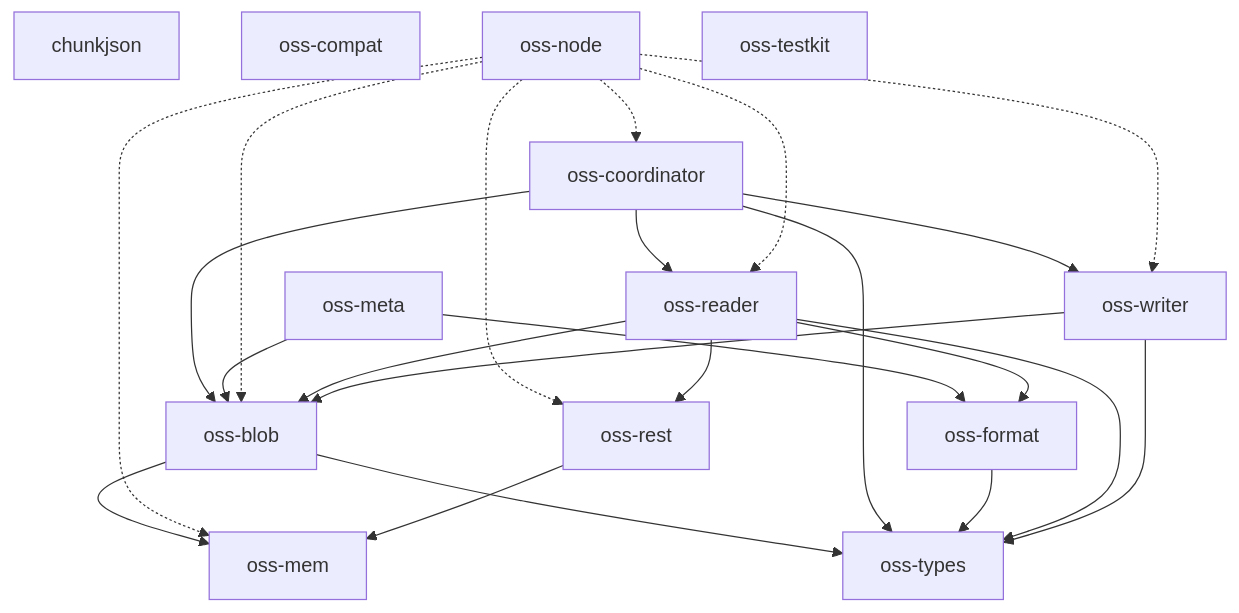
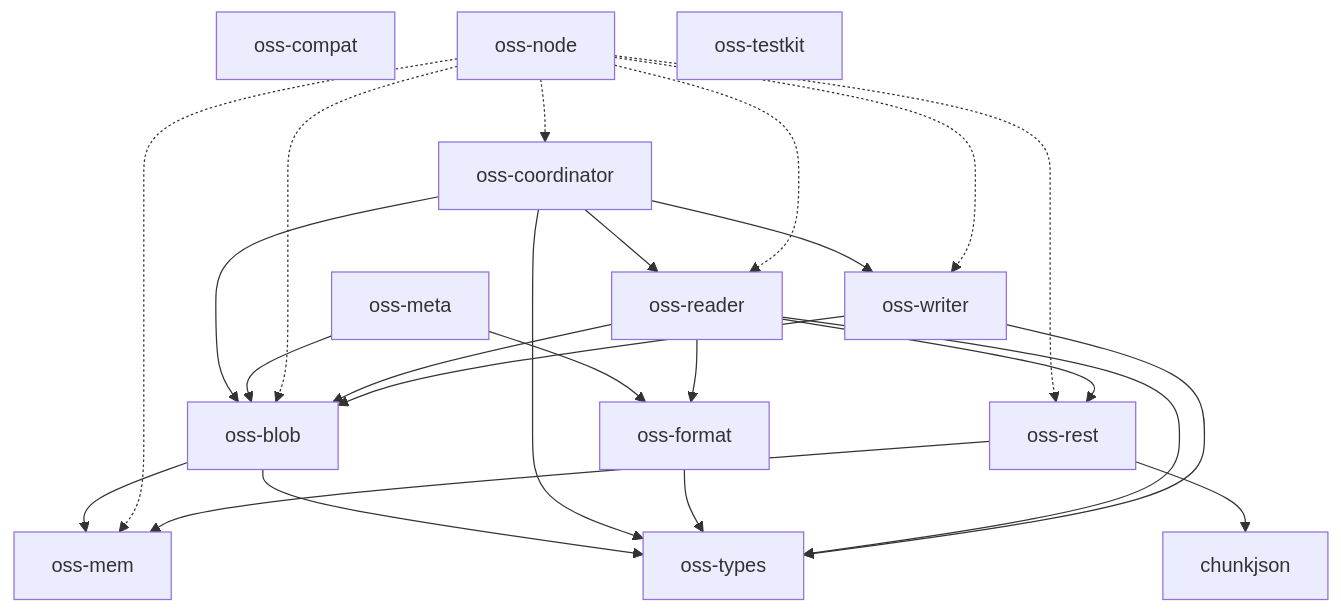
One commit to huyz0/opensearch-serverless changed the diagram in docs/architecture.md. Above: the diagram before and after it, drawn with Mermaid. The commit also changed 9 other files, not shown here.

First line of the commit message:
refactor(rest): build the JSON tokenizer on chunkjson

````diff
--- a/docs/architecture.md
+++ b/docs/architecture.md
@@ -10,30 +10,31 @@
 ```mermaid
 graph TD
     chunkjson
     oss-blob --> oss-mem
     oss-blob --> oss-types
     oss-compat
     oss-coordinator --> oss-blob
     oss-coordinator --> oss-reader
     oss-coordinator --> oss-types
     oss-coordinator --> oss-writer
     oss-format --> oss-types
     oss-mem
     oss-meta --> oss-blob
     oss-meta --> oss-format
     oss-node -.-> oss-blob
     oss-node -.-> oss-coordinator
     oss-node -.-> oss-mem
     oss-node -.-> oss-reader
     oss-node -.-> oss-rest
     oss-node -.-> oss-writer
     oss-reader --> oss-blob
     oss-reader --> oss-format
     oss-reader --> oss-rest
     oss-reader --> oss-types
+    oss-rest --> chunkjson
     oss-rest --> oss-mem
     oss-testkit
     oss-types
     oss-writer --> oss-blob
     oss-writer --> oss-types
 ```
````
